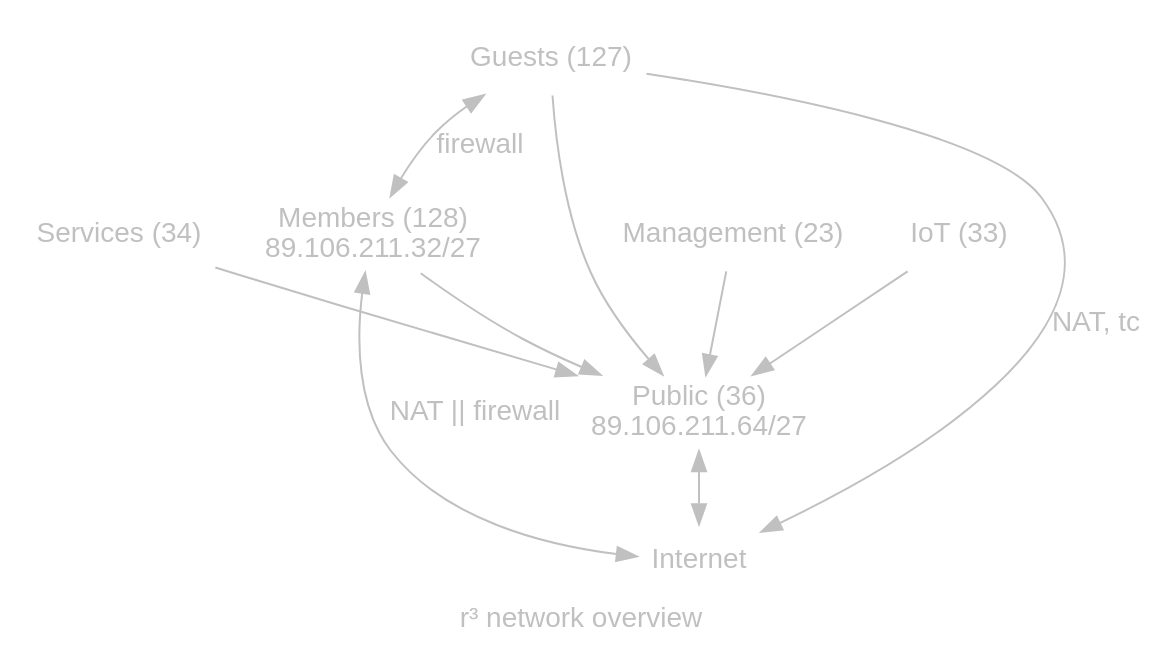
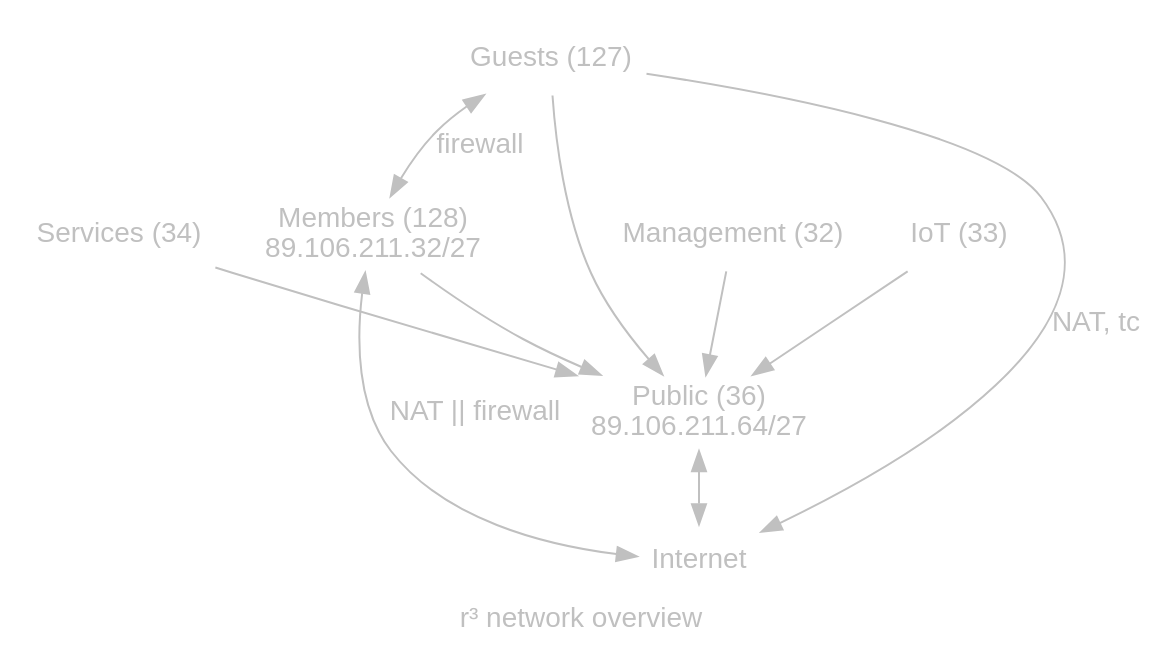
One commit to realraum/noc changed the diagram in doc/Network/overview.dot. Above: the diagram before and after it, drawn with Graphviz. The commit also changed 1 other file, not shown here.

Commit message:
doc/Network: Fixup management VLAN ID

```diff
--- a/doc/Network/overview.dot
+++ b/doc/Network/overview.dot
@@ -1,24 +1,24 @@
 digraph network {
   label="r³ network overview";
   graph [ bgcolor="#ff000000" fontname="Liberation Sans" fontcolor="#c0c0c0" ];
   node [ shape=none fontname="Liberation Sans" fontcolor="#c0c0c0" ];
   edge [fontname="Liberation Sans"
         fontcolor="#c0c0c0" color="#c0c0c0"
   ];
 
   public  [ label="Public (36)\n89.106.211.64/27" ]
   inet    [ label="Internet" ]
   guests  [ label="Guests (127)" ]
   members [ label="Members (128)\n89.106.211.32/27" ]
-  mgmt    [ label="Management (23)" ]
+  mgmt    [ label="Management (32)" ]
   iot     [ label="IoT (33)" ]
   svc     [ label="Services (34)" ]
 
   public  -> inet [ dir=both ];
 
   guests  -> inet [ label="NAT, tc" ];
   members -> inet [ dir=both label="NAT || firewall" ];
   guests  -> members [ dir=both label="firewall" ];
 
   {svc mgmt iot guests members} -> public;
 }
```
